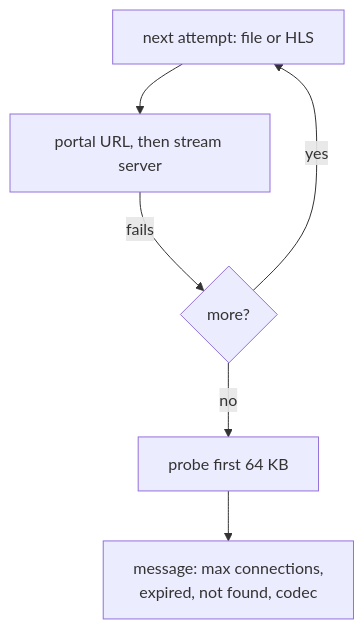
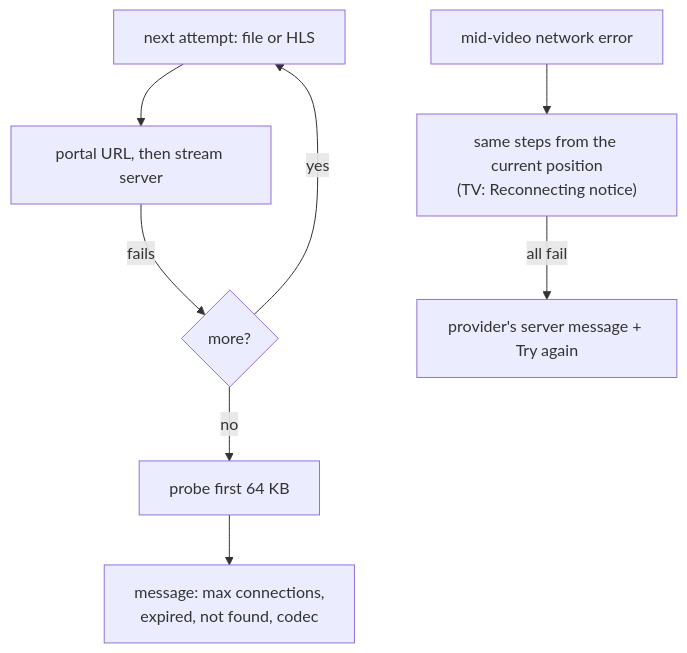
Diagram 24 of 44 in documentation/FEATURES-TECHNICAL.md (brunoccst/iptv-player), drawn with Mermaid before and after one commit. The commit also changed other lines of this file and 17 other files, not shown here.

First line of the commit message:
Player: say when the provider's server stops answering, retry from the same point (D-172)

````diff
--- a/documentation/FEATURES-TECHNICAL.md
+++ b/documentation/FEATURES-TECHNICAL.md
@@ -444,7 +445,9 @@
 ```mermaid
 flowchart TD
   A[next attempt: file or HLS] --> U[portal URL, then stream server]
   U -->|fails| N{more?}
   N -->|yes| A
   N -->|no| P["probe first 64 KB"] --> M["message: max connections,<br/>expired, not found, codec"]
+  S[mid-video network error] --> R["same steps from the current position<br/>(TV: Reconnecting notice)"]
+  R -->|all fail| T["provider's server message + Try again"]
 ```
````
